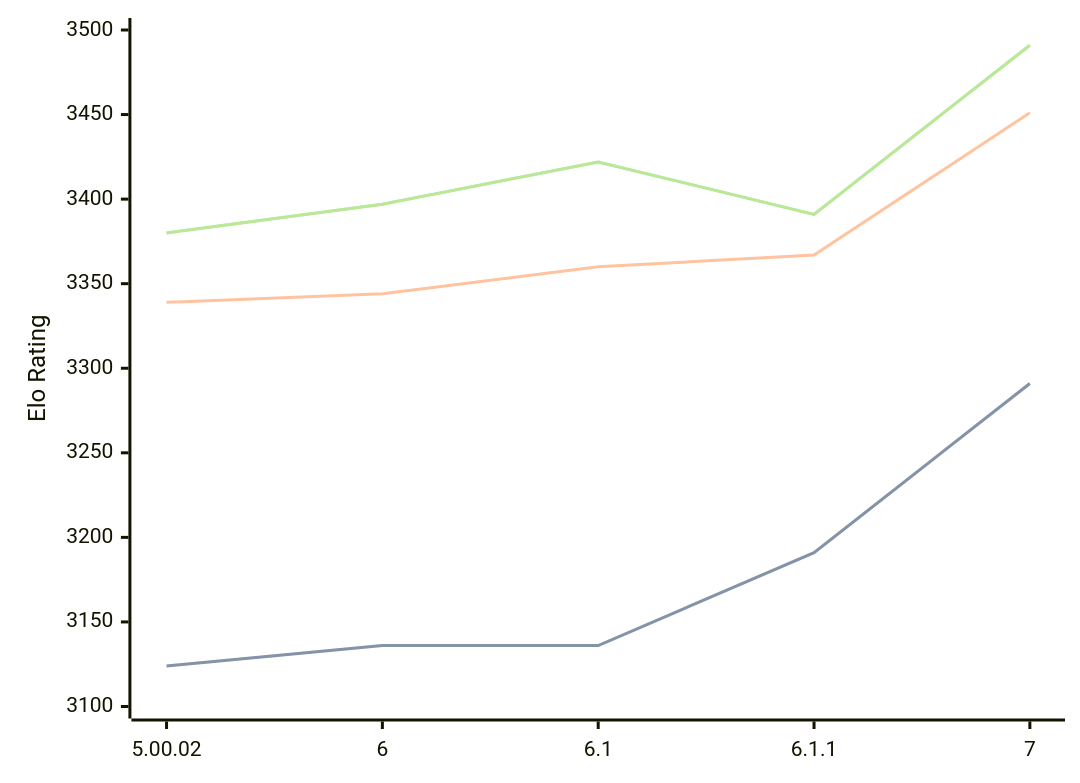
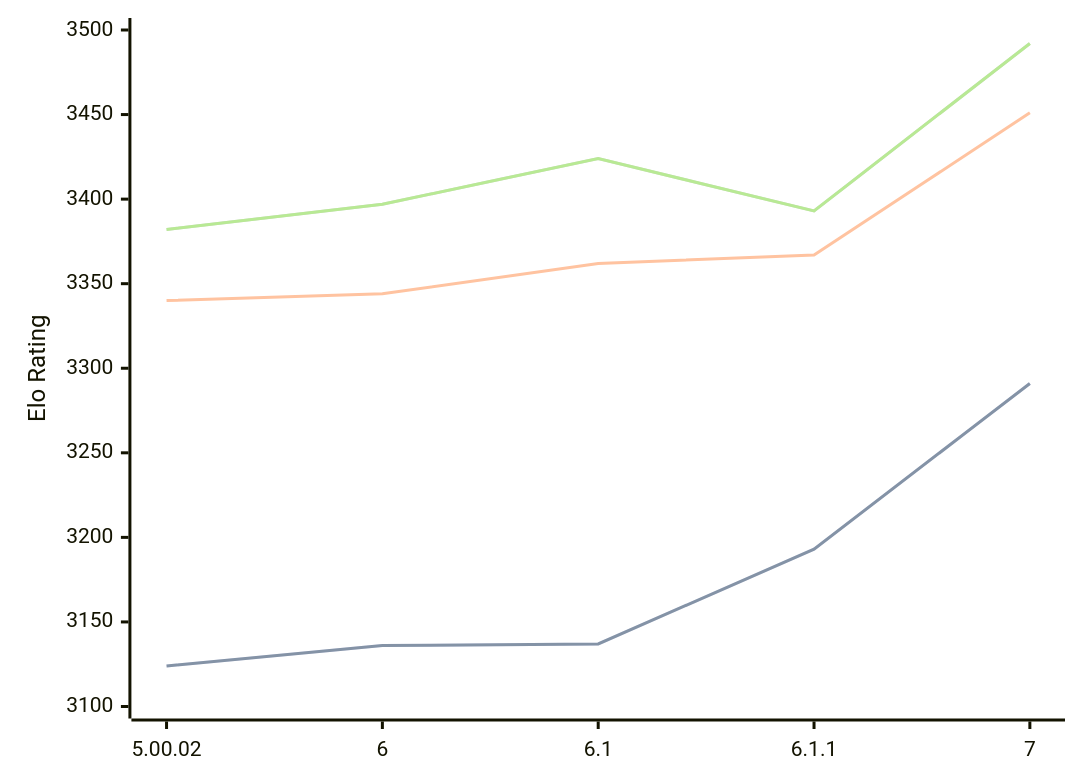
The diagram in engines/Zangdar.md (computer-chess-index/cci), drawn with Mermaid before and after one commit. The commit also changed other lines of this file, not shown here.

Commit message:
Update CCI Ratings (ELO VLTC) - 2026-07-31

````diff
--- a/engines/Zangdar.md
+++ b/engines/Zangdar.md
@@ -47,11 +47,11 @@
 ```mermaid
 %%{init: {"theme":"base","themeVariables":{"seriesColors:['#a3a3a3','#222221','#faa371']}}}%%
 xychart-beta
   x-axis ["5.00.02", "6", "6.1", "6.1.1", "7"]
   y-axis "Elo Rating" 3100 --> 3500
-  line "STC (8.0+0.08s)" [3124, 3136, 3136, 3191, 3291]
-  line "STC (8.0+0.08s)" [3124, 3136, 3136, 3191, 3291]
-  line "LTC (60.0+0.60s)" [3339, 3344, 3360, 3367, 3451]
-  line "VLTC (2m24s+1.12s)" [3380, 3397, 3422, 3391, 3491]
-  line "VLTC (2m24s+1.12s)" [3380, 3397, 3422, 3391, 3491]
+  line "STC (8.0+0.08s)" [3124, 3136, 3137, 3193, 3291]
+  line "STC (8.0+0.08s)" [3124, 3136, 3137, 3193, 3291]
+  line "LTC (60.0+0.60s)" [3340, 3344, 3362, 3367, 3451]
+  line "VLTC (2m24s+1.12s)" [3382, 3397, 3424, 3393, 3492]
+  line "VLTC (2m24s+1.12s)" [3382, 3397, 3424, 3393, 3492]
 ```
````
